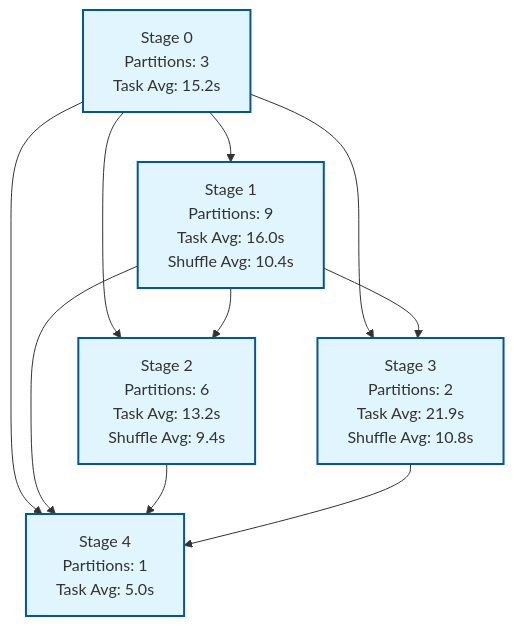
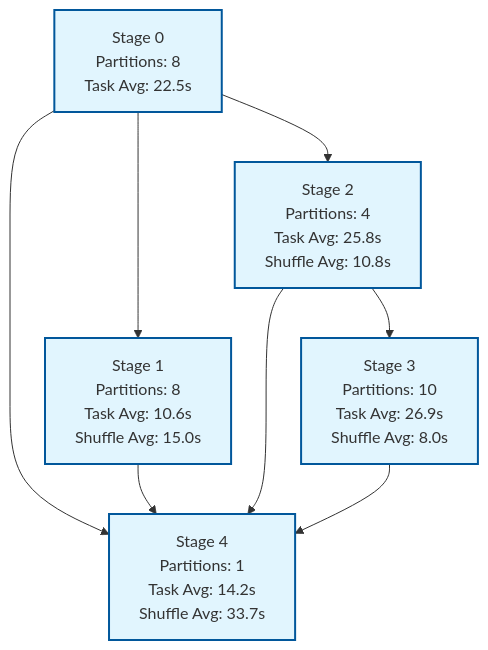
The diagram in examples/generated/run4/README.md (fhalde/fauxspark), drawn with Mermaid before and after one commit. The commit also changed other lines of this file and 9 other files, not shown here.

````diff
--- a/examples/generated/run4/README.md
+++ b/examples/generated/run4/README.md
@@ -9,15 +9,13 @@
 ```mermaid
 graph TD
-    Stage0["Stage 0<br/>Partitions: 3<br/>Task Avg: 15.2s"] --> Stage1["Stage 1<br/>Partitions: 9<br/>Task Avg: 16.0s<br/>Shuffle Avg: 10.4s"]
-    Stage0 --> Stage2["Stage 2<br/>Partitions: 6<br/>Task Avg: 13.2s<br/>Shuffle Avg: 9.4s"]
-    Stage1 --> Stage2
-    Stage0 --> Stage3["Stage 3<br/>Partitions: 2<br/>Task Avg: 21.9s<br/>Shuffle Avg: 10.8s"]
-    Stage1 --> Stage3
-    Stage0 --> Stage4["Stage 4<br/>Partitions: 1<br/>Task Avg: 5.0s"]
+    Stage0["Stage 0<br/>Partitions: 8<br/>Task Avg: 22.5s"] --> Stage1["Stage 1<br/>Partitions: 8<br/>Task Avg: 10.6s<br/>Shuffle Avg: 15.0s"]
+    Stage0 --> Stage2["Stage 2<br/>Partitions: 4<br/>Task Avg: 25.8s<br/>Shuffle Avg: 10.8s"]
+    Stage2 --> Stage3["Stage 3<br/>Partitions: 10<br/>Task Avg: 26.9s<br/>Shuffle Avg: 8.0s"]
+    Stage0 --> Stage4["Stage 4<br/>Partitions: 1<br/>Task Avg: 14.2s<br/>Shuffle Avg: 33.7s"]
     Stage1 --> Stage4
     Stage2 --> Stage4
     Stage3 --> Stage4
 
     classDef stageBox fill:#e1f5fe,stroke:#01579b,stroke-width:2px
     class Stage0,Stage1,Stage2,Stage3,Stage4 stageBox
 ```
````
